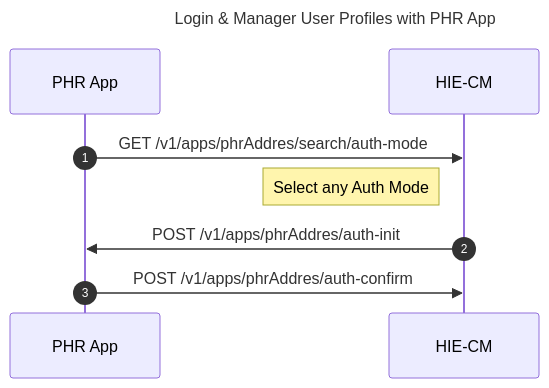
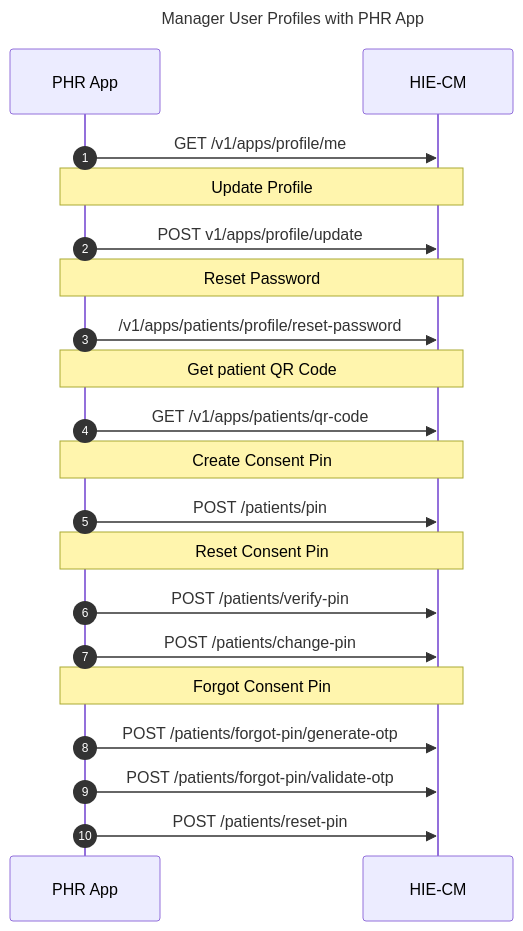
Before and after one commit to kiranma72/abdm-docs: the diagram in content/5-building-a-phr-app/manage-user.md, drawn with Mermaid. The commit also changed 3 other files, not shown here.

Commit message:
sequence diagrams

```diff
--- a/content/5-building-a-phr-app/manage-user.md
+++ b/content/5-building-a-phr-app/manage-user.md
@@ -76,9 +76,21 @@
 {{< mermaid >}}
 %%{init:{"fontSize": "1.0rem", "sequence":{"showSequenceNumbers":true}}}%%
 sequenceDiagram
-title Login & Manager User Profiles with PHR App
-PHR App->>HIE-CM:GET /v1/apps/phrAddres/search/auth-mode
-note left of HIE-CM: Select any Auth Mode
-HIE-CM->>PHR App:POST /v1/apps/phrAddres/auth-init
-PHR App->>HIE-CM:POST /v1/apps/phrAddres/auth-confirm
+title Manager User Profiles with PHR App
+PHR App->>HIE-CM:GET /v1/apps/profile/me
+note over PHR App,HIE-CM: Update Profile
+PHR App->>HIE-CM:POST v1/apps/profile/update
+note over PHR App,HIE-CM: Reset Password
+PHR App->>HIE-CM:/v1/apps/patients/profile/reset-password
+note over PHR App,HIE-CM: Get patient QR Code
+PHR App->>HIE-CM:GET /v1/apps/patients/qr-code
+note over PHR App,HIE-CM: Create Consent Pin
+PHR App->>HIE-CM:POST /patients/pin
+note over PHR App,HIE-CM: Reset Consent Pin
+PHR App->>HIE-CM:POST /patients/verify-pin
+PHR App->>HIE-CM:POST /patients/change-pin
+note over PHR App,HIE-CM: Forgot Consent Pin
+PHR App->>HIE-CM:POST /patients/forgot-pin/generate-otp
+PHR App->>HIE-CM:POST /patients/forgot-pin/validate-otp
+PHR App->>HIE-CM:POST /patients/reset-pin
 {{< /mermaid >}}
```
